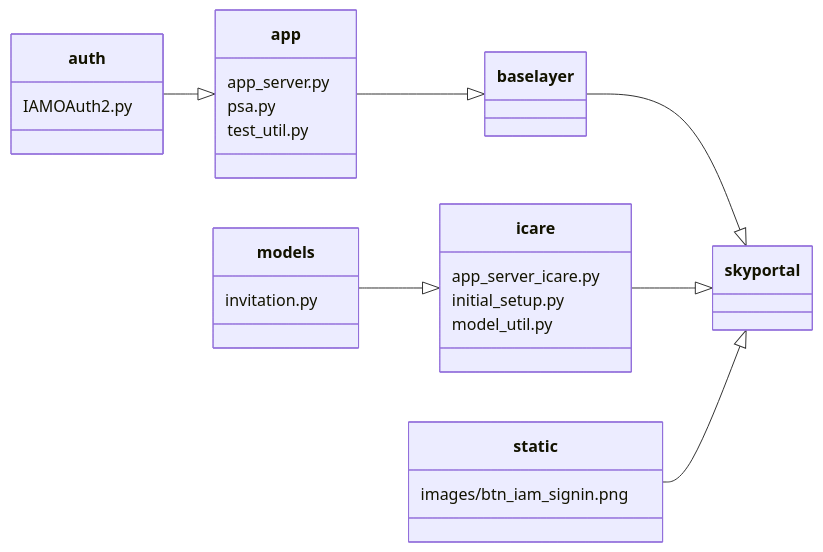
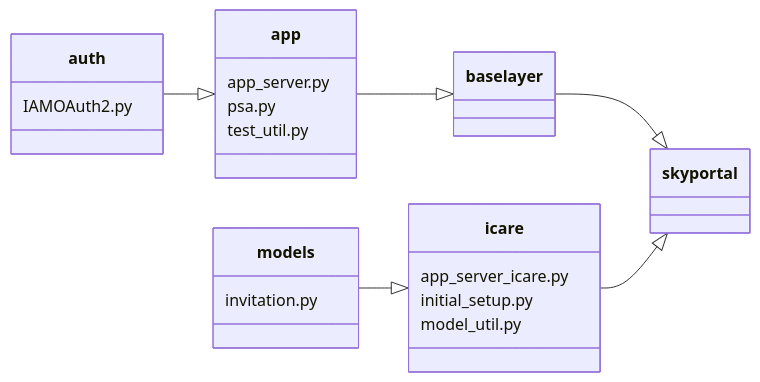
The third of 6 diagrams in docs/dev_guide/architecture.md (grandma-collaboration/icare), drawn with Mermaid before and after one commit. The commit also changed other lines of this file and 2 other files, not shown here.

Commit message:
Use the IAM sign-in button drawn by SkyPortal instead of an image

````diff
--- a/docs/dev_guide/architecture.md
+++ b/docs/dev_guide/architecture.md
@@ -67,23 +66,20 @@
 ``` mermaid
 classDiagram
     direction LR
     app --|> baselayer
     app : app_server.py
     app : psa.py
     app : test_util.py
     auth --|> app
     auth : IAMOAuth2.py
 
     baselayer --|> skyportal
 
     icare --|> skyportal
     icare : app_server_icare.py
     icare : initial_setup.py
     icare : model_util.py
 
     models --|> icare
     models : invitation.py
-
-    static --|> skyportal
-    static : images/btn_iam_signin.png
 ```
````
